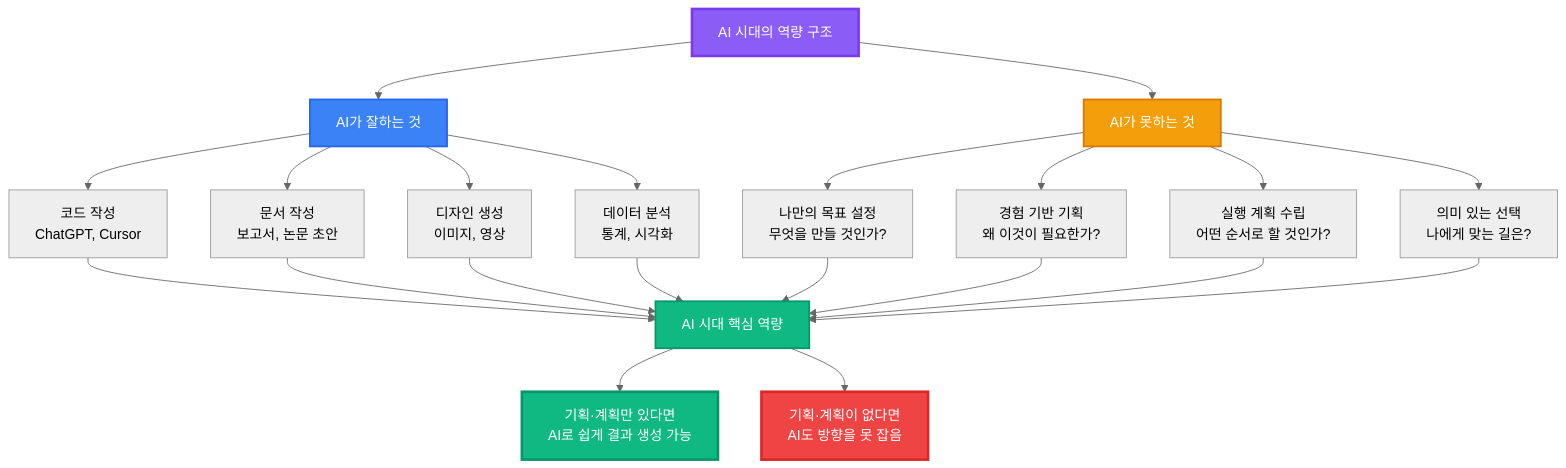
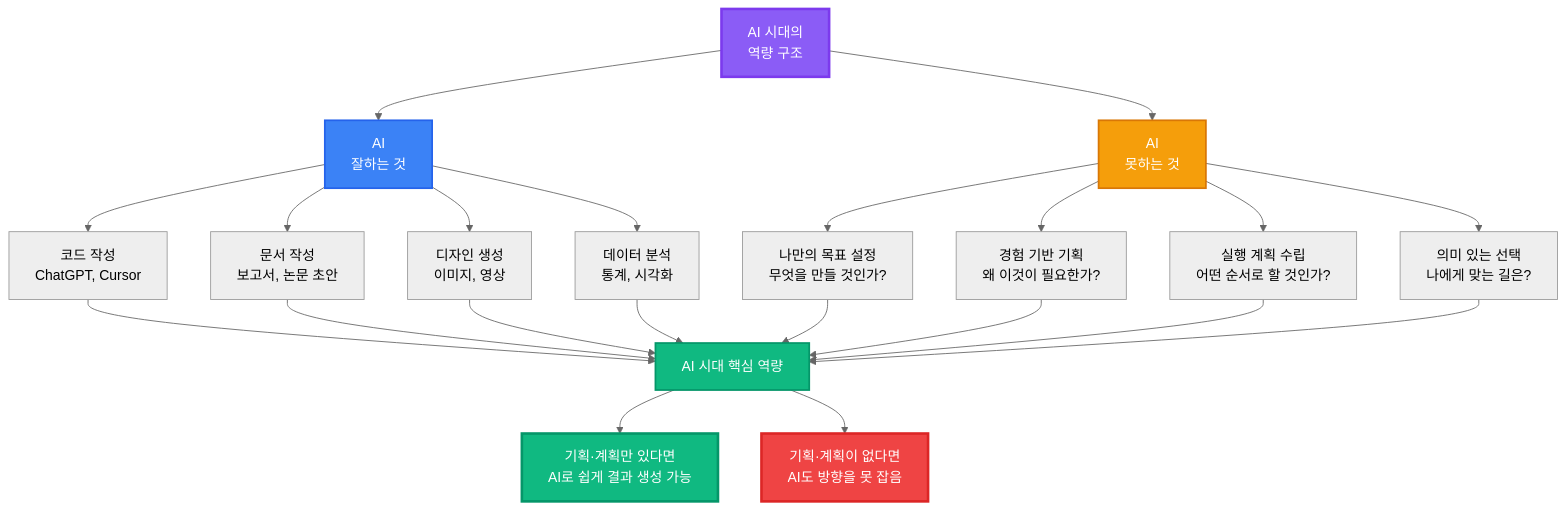
One commit to Collegenie-X/AI-career-path changed the first of 6 diagrams in Readme.md. Above: the diagram before and after it, drawn with Mermaid (neutral theme). The commit also changed other lines of this file and 40 other files, not shown here.

````diff
--- a/Readme.md
+++ b/Readme.md
@@ -21,34 +21,34 @@
 ```mermaid
 graph TD
-    A["AI 시대의 역량 구조"] --> B["AI가 잘하는 것"]
-    A --> C["AI가 못하는 것"]
+    A["AI 시대의 <br> 역량 구조"] --> B["AI <br> 잘하는 것"]
+    A --> C["AI <br> 못하는 것"]
     
     B --> B1["코드 작성<br/>ChatGPT, Cursor"]
     B --> B2["문서 작성<br/>보고서, 논문 초안"]
     B --> B3["디자인 생성<br/>이미지, 영상"]
     B --> B4["데이터 분석<br/>통계, 시각화"]
     
     C --> C1["나만의 목표 설정<br/>무엇을 만들 것인가?"]
     C --> C2["경험 기반 기획<br/>왜 이것이 필요한가?"]
     C --> C3["실행 계획 수립<br/>어떤 순서로 할 것인가?"]
     C --> C4["의미 있는 선택<br/>나에게 맞는 길은?"]
     
     B1 --> D["AI 시대 핵심 역량"]
     B2 --> D
     B3 --> D
     B4 --> D
     C1 --> D
     C2 --> D
     C3 --> D
     C4 --> D
     
     D --> E["기획·계획만 있다면<br/>AI로 쉽게 결과 생성 가능"]
     D --> F["기획·계획이 없다면<br/>AI도 방향을 못 잡음"]
     
     style A fill:#8B5CF6,color:#fff,stroke:#7C3AED,stroke-width:3px
     style B fill:#3B82F6,color:#fff,stroke:#2563EB,stroke-width:2px
     style C fill:#F59E0B,color:#fff,stroke:#D97706,stroke-width:2px
     style D fill:#10B981,color:#fff,stroke:#059669,stroke-width:2px
     style E fill:#10B981,color:#fff,stroke:#059669,stroke-width:3px
     style F fill:#EF4444,color:#fff,stroke:#DC2626,stroke-width:3px
 ```
````
